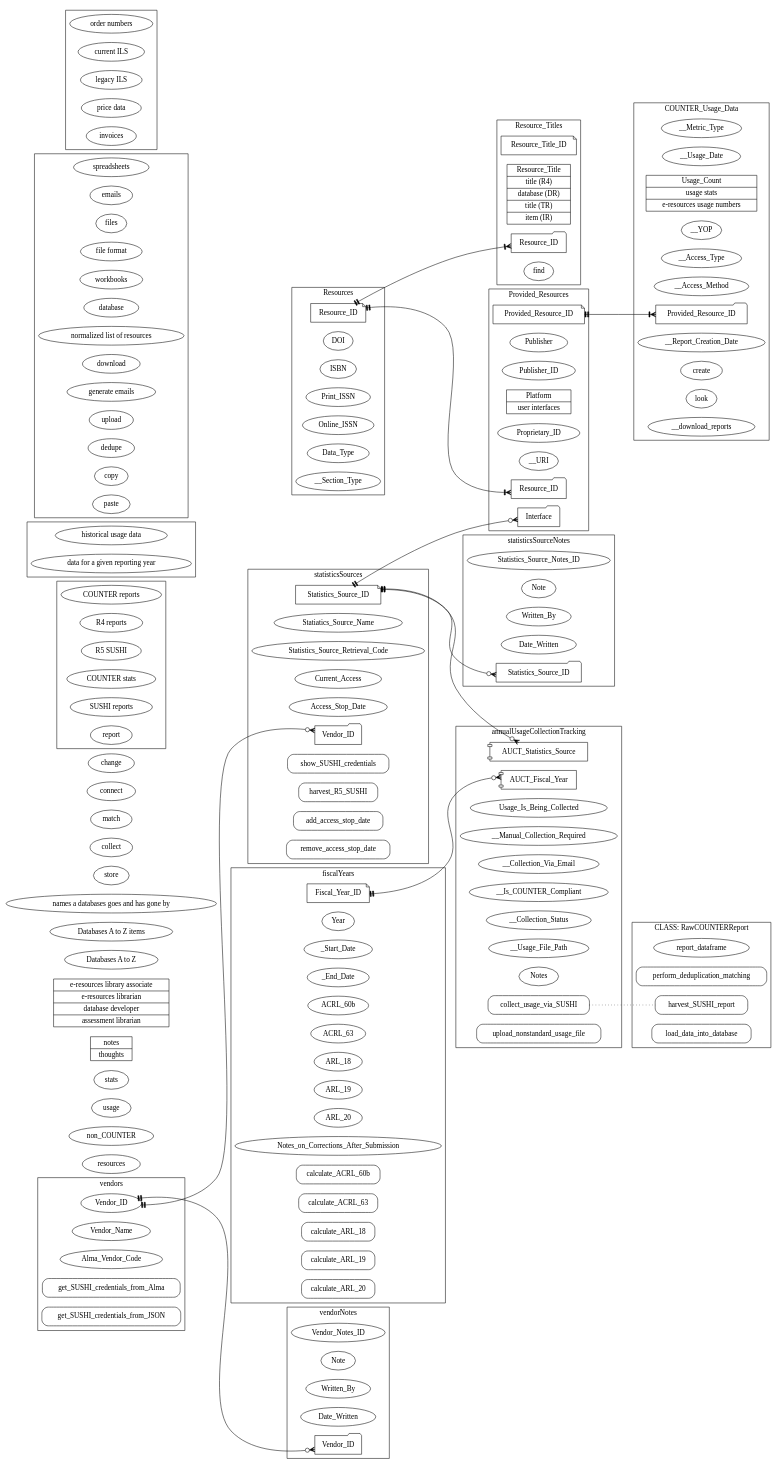
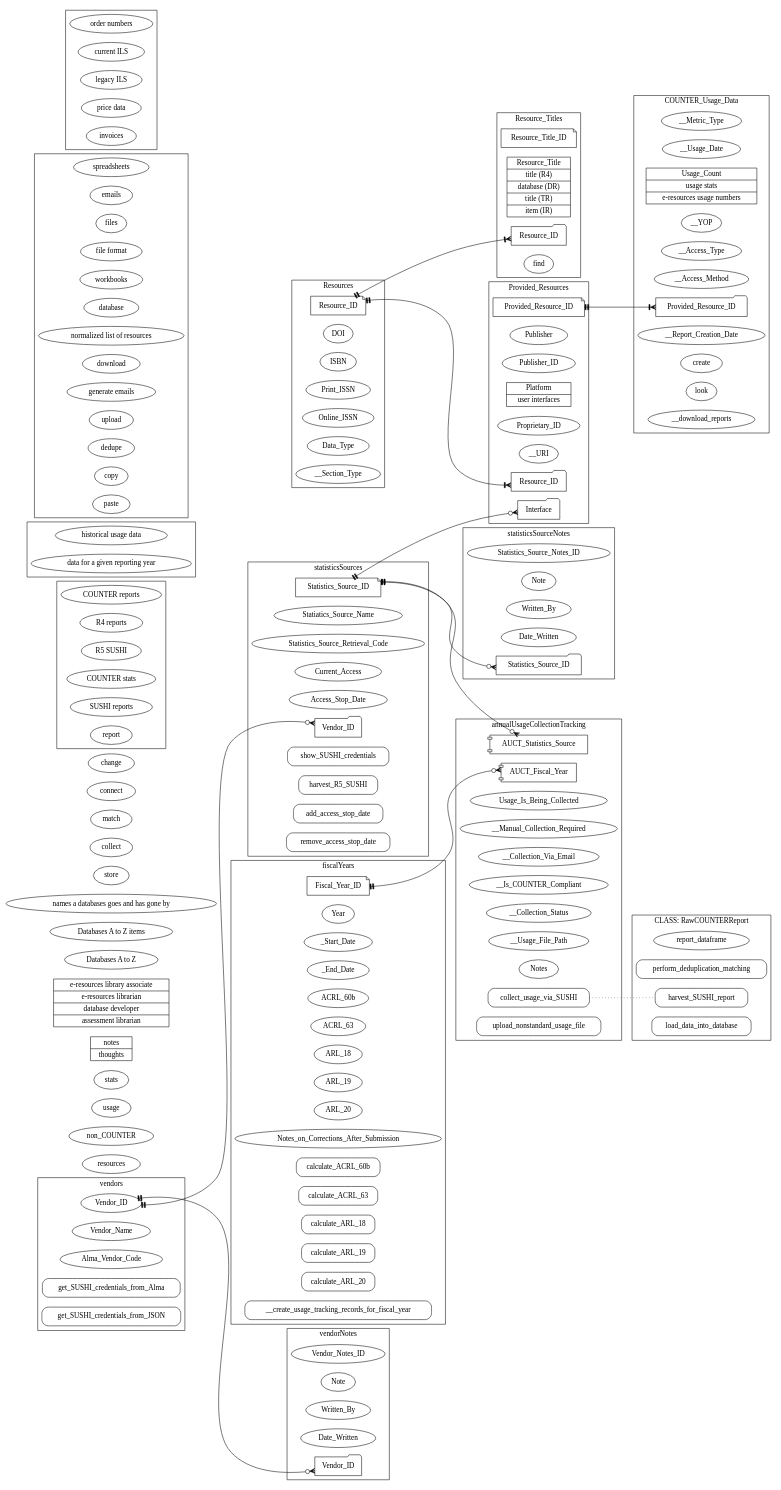
The diagram in docs/source/erd_and_class_diagram.dot (ereiskind/nolcat), drawn with Graphviz before and after one commit. The commit also changed 1 other file, not shown here.

Commit message:
Add create_usage_tracking_records_for_fiscal_year

```diff
--- a/docs/source/erd_and_class_diagram.dot
+++ b/docs/source/erd_and_class_diagram.dot
@@ -164,6 +164,7 @@
         calculate_ARL_18 [shape="Mrecord"]
         calculate_ARL_19 [shape="Mrecord"]
         calculate_ARL_20 [shape="Mrecord"]
+        __create_usage_tracking_records_for_fiscal_year [shape="Mrecord"]
     }
 
 
```
